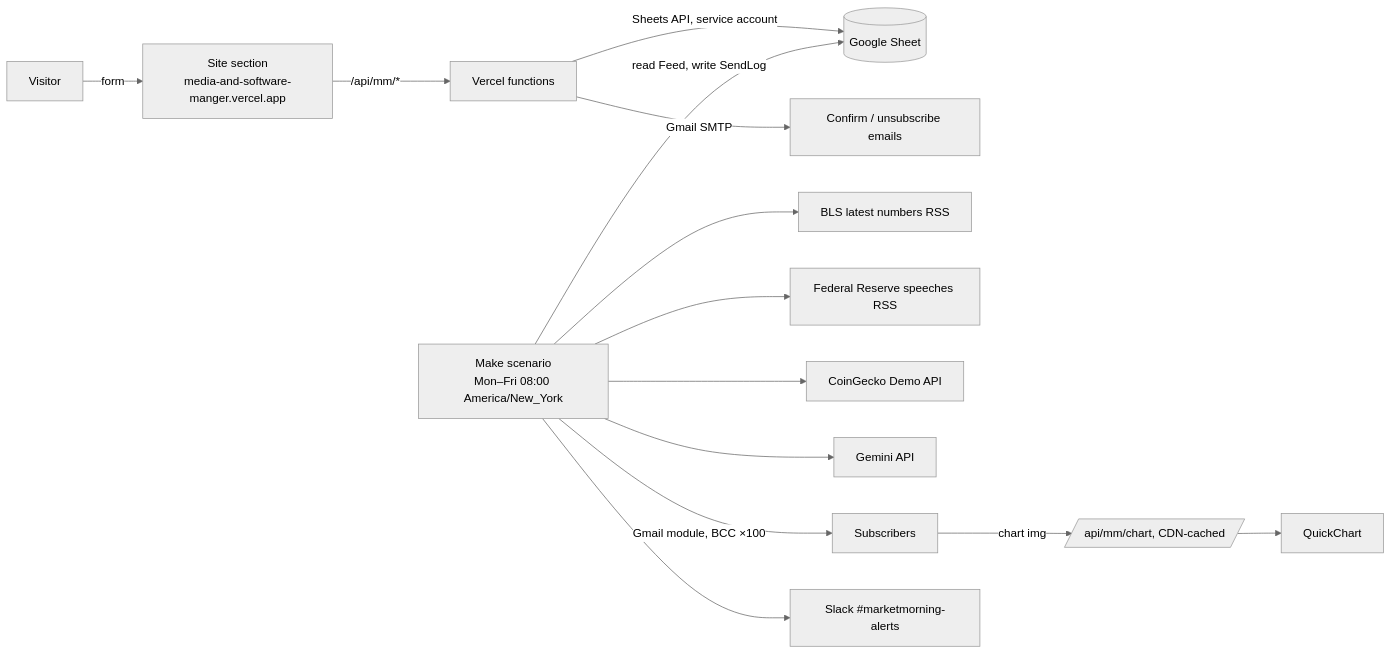
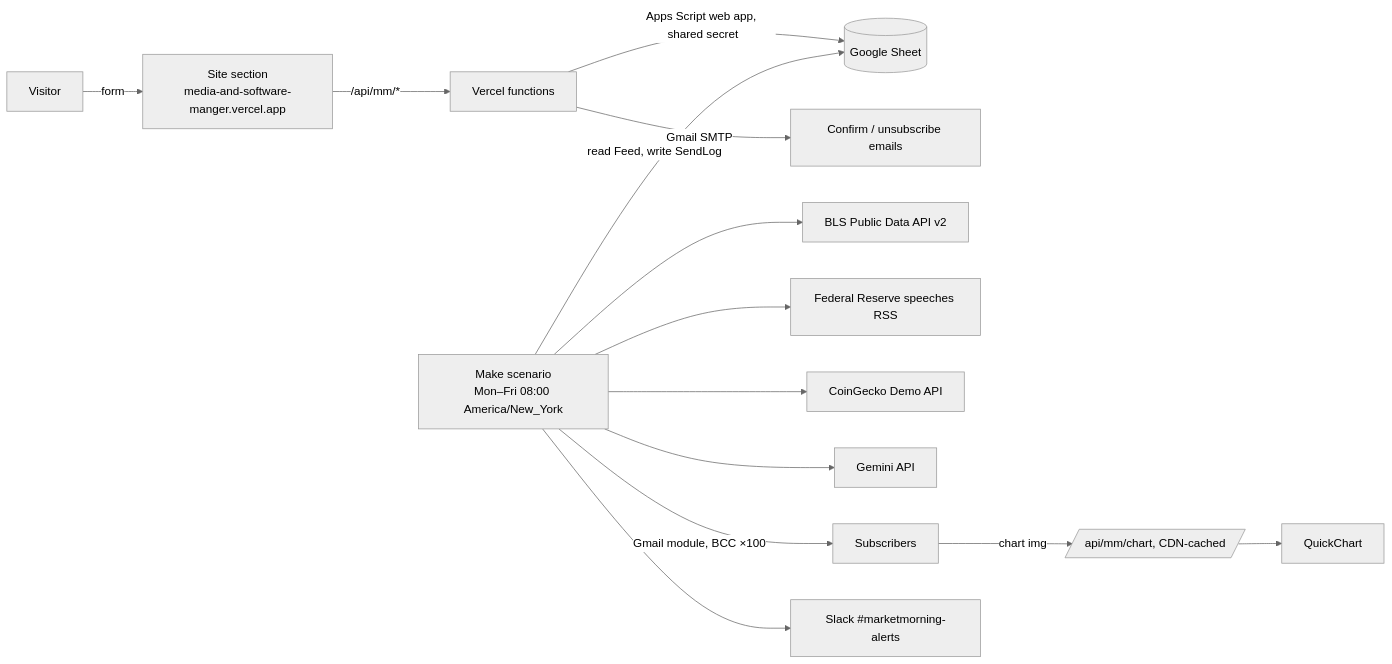
The first of 2 diagrams in docs/ARCHITECTURE.md (notm33na/morningmarket), drawn with Mermaid (neutral theme) before and after one commit. The commit also changed other lines of this file and 27 other files, not shown here.

````diff
--- a/docs/ARCHITECTURE.md
+++ b/docs/ARCHITECTURE.md
@@ -6,15 +6,15 @@
 ```mermaid
 flowchart LR
   V[Visitor] -->|form| S[Site section<br/>media-and-software-manger.vercel.app]
   S -->|/api/mm/*| F[Vercel functions]
-  F -->|Sheets API, service account| G[(Google Sheet)]
+  F -->|Apps Script web app, shared secret| G[(Google Sheet)]
   F -->|Gmail SMTP| E1[Confirm / unsubscribe emails]
   M[Make scenario<br/>Mon–Fri 08:00 America/New_York] -->|read Feed, write SendLog| G
-  M --> BL[BLS latest numbers RSS]
+  M --> BL[BLS Public Data API v2]
   M --> FR[Federal Reserve speeches RSS]
   M --> CG[CoinGecko Demo API]
   M --> GM[Gemini API]
   M -->|Gmail module, BCC ×100| R[Subscribers]
   M --> SL[Slack #marketmorning-alerts]
   R -->|chart img| C[/api/mm/chart, CDN-cached/] --> QC[QuickChart]
 ```
````
